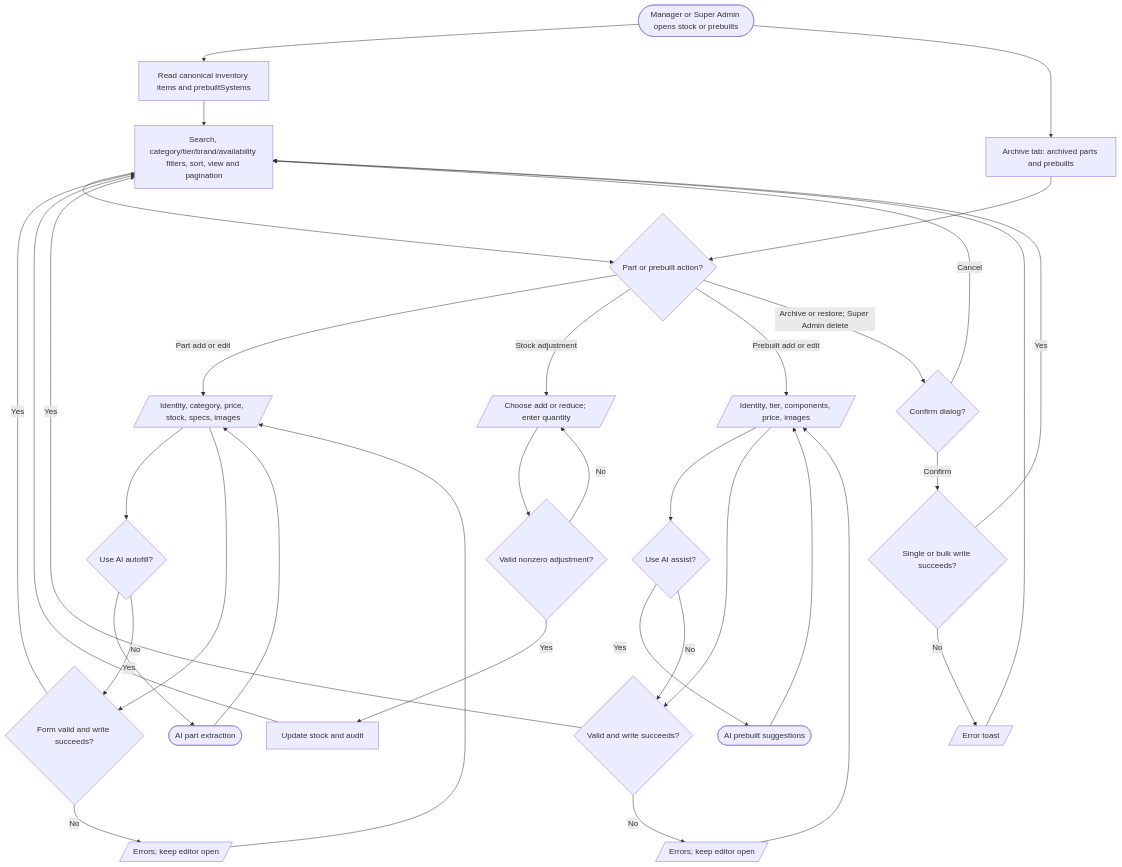
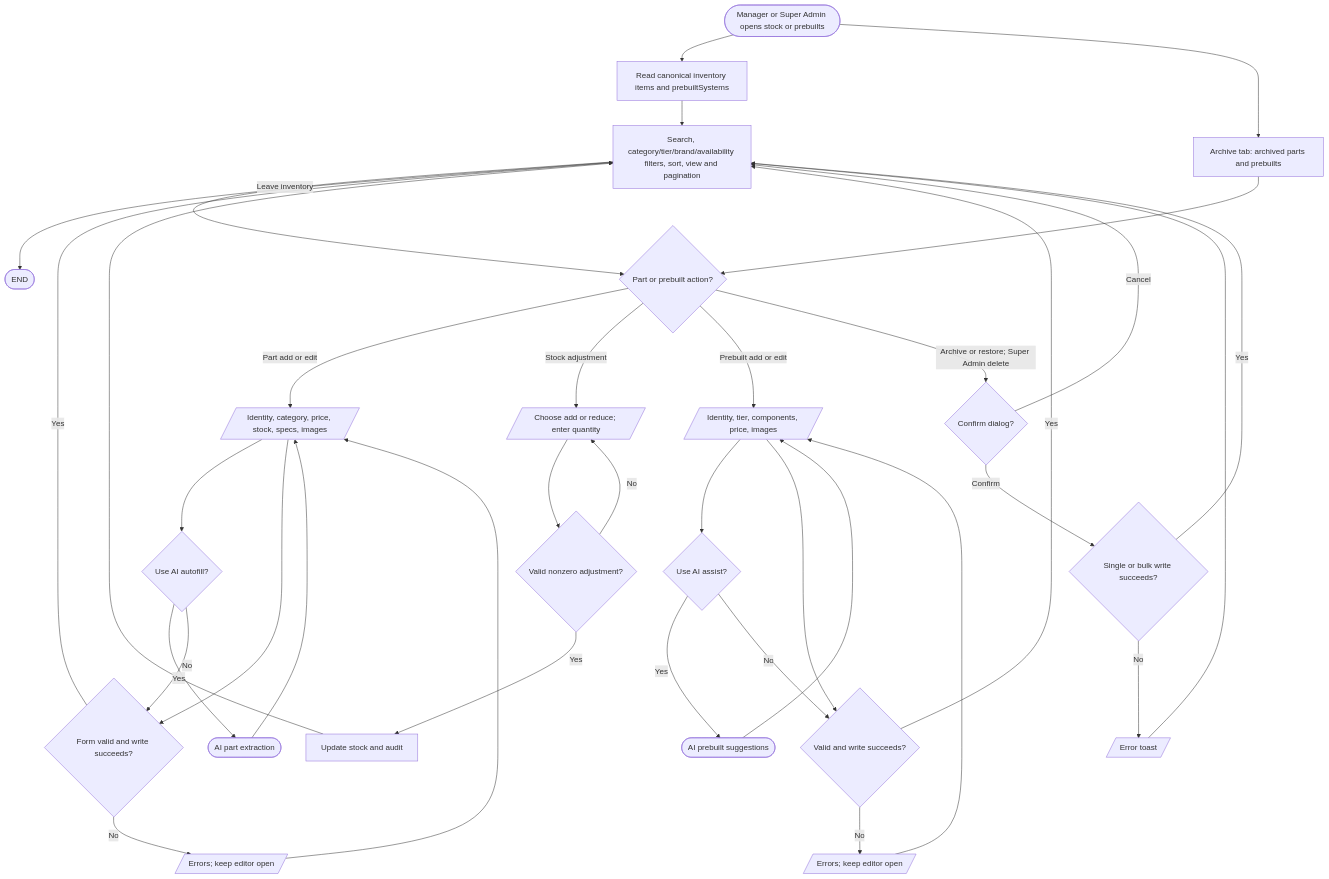
Before and after one commit to VirgenRayzon/BuilbotAI: the diagram in docs/flowcharts/admin-inventory-flowchart.md, drawn with Mermaid. The commit also changed other lines of this file and 109 other files, not shown here.

Commit message:
feat(builder): add live recommendations, budget slider, and updated system flowcharts

````diff
--- a/docs/flowcharts/admin-inventory-flowchart.md
+++ b/docs/flowcharts/admin-inventory-flowchart.md
@@ -3,30 +7,31 @@
 ```mermaid
 flowchart TD
   Start([Manager or Super Admin opens stock or prebuilts]) --> Load[Read canonical inventory items and prebuiltSystems]
   Load --> Browse[Search, category/tier/brand/availability filters, sort, view and pagination]
   Browse --> Kind{Part or prebuilt action?}
   Kind -- Part add or edit --> PartForm[/Identity, category, price, stock, specs, images/]
   PartForm --> Autofill{Use AI autofill?}
   Autofill -- Yes --> AiPart([AI part extraction]) --> PartForm
   Autofill -- No --> PartSave{Form valid and write succeeds?}
   PartForm --> PartSave
   PartSave -- No --> PartError[/Errors; keep editor open/] --> PartForm
   PartSave -- Yes --> Browse
   Kind -- Stock adjustment --> StockDialog[/Choose add or reduce; enter quantity/] --> Quantity{Valid nonzero adjustment?}
   Quantity -- No --> StockDialog
   Quantity -- Yes --> StockWrite[Update stock and audit] --> Browse
   Kind -- Prebuilt add or edit --> PrebuiltForm[/Identity, tier, components, price, images/]
   PrebuiltForm --> PrebuiltAi{Use AI assist?}
   PrebuiltAi -- Yes --> AiPrebuilt([AI prebuilt suggestions]) --> PrebuiltForm
   PrebuiltAi -- No --> PrebuiltSave{Valid and write succeeds?}
   PrebuiltForm --> PrebuiltSave
   PrebuiltSave -- No --> PrebuiltError[/Errors; keep editor open/] --> PrebuiltForm
   PrebuiltSave -- Yes --> Browse
   Kind -- Archive or restore; Super Admin delete --> Confirm{Confirm dialog?}
   Confirm -- Cancel --> Browse
   Confirm -- Confirm --> Write{Single or bulk write succeeds?}
   Write -- No --> WriteError[/Error toast/] --> Browse
   Write -- Yes --> Browse
   Start --> Archive[Archive tab: archived parts and prebuilts]
   Archive --> Kind
+  Browse -- Leave inventory --> Finish([END])
 ```
````
